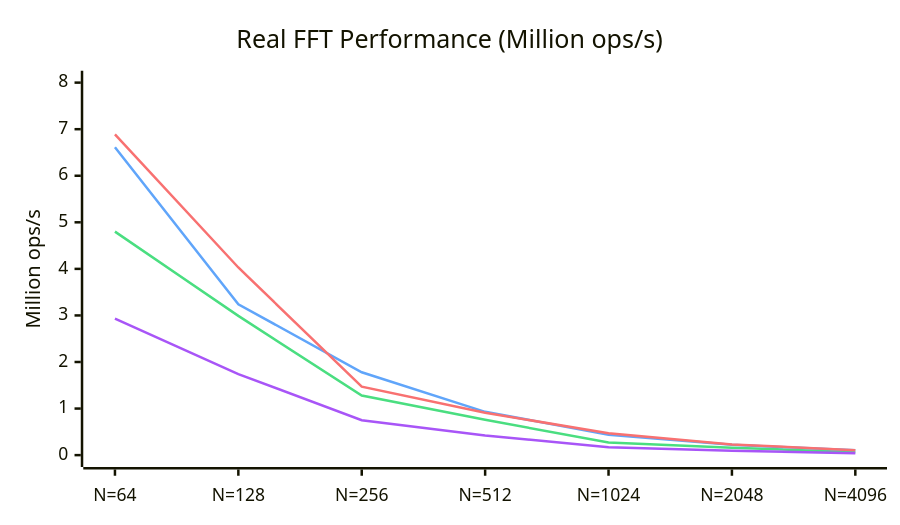
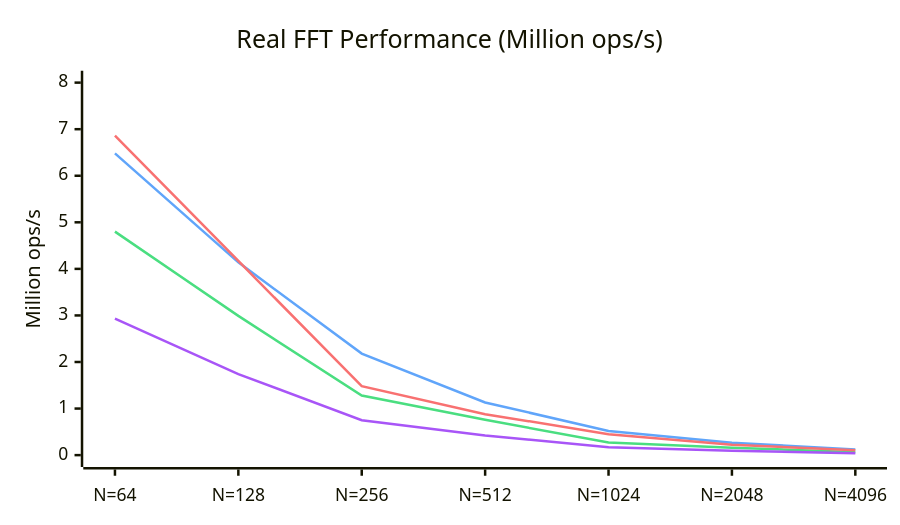
One commit to EmNudge/wat-fft changed the second of 2 diagrams in README.md. Above: the diagram before and after it, drawn with Mermaid. The commit also changed other lines of this file and 11 other files, not shown here.

````diff
--- a/README.md
+++ b/README.md
@@ -59,19 +59,19 @@
 ```mermaid
 ---
 config:
     xyChart:
         width: 700
         height: 400
     themeVariables:
         xyChart:
             plotColorPalette: "#4ade80, #60a5fa, #f87171, #a855f7"
 ---
 xychart-beta
     title "Real FFT Performance (Million ops/s)"
     x-axis [N=64, N=128, N=256, N=512, N=1024, N=2048, N=4096]
     y-axis "Million ops/s" 0 --> 8
     line [4.80, 2.99, 1.28, 0.76, 0.27, 0.16, 0.062]
-    line [6.61, 3.24, 1.78, 0.93, 0.44, 0.222, 0.103]
-    line [6.89, 4.03, 1.47, 0.91, 0.47, 0.230, 0.106]
+    line [6.48, 4.14, 2.18, 1.13, 0.52, 0.267, 0.122]
+    line [6.86, 4.17, 1.48, 0.88, 0.45, 0.225, 0.104]
     line [2.93, 1.74, 0.75, 0.42, 0.17, 0.094, 0.039]
 ```
````
